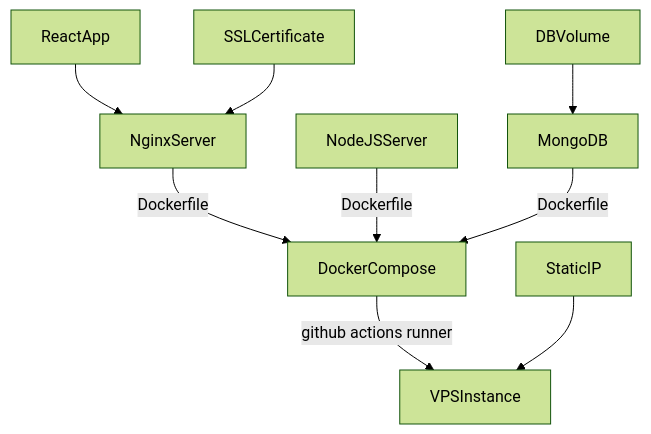
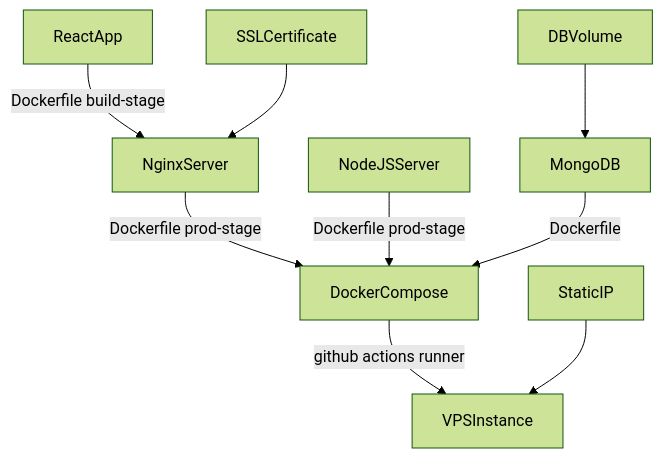
Before and after one commit to CarlaCGDM/open-virtual-tours: the second of 2 diagrams in README.md, drawn with Mermaid (forest theme). The commit also changed other lines of this file, not shown here.

````diff
--- a/README.md
+++ b/README.md
@@ -42,11 +43,11 @@
 ```mermaid
 graph TD;
-    ReactApp-->NginxServer;
+    ReactApp--> |Dockerfile build-stage| NginxServer;
     SSLCertificate-->NginxServer;
-    NginxServer--> |Dockerfile| DockerCompose;
-    NodeJSServer--> |Dockerfile| DockerCompose;
+    NginxServer--> |Dockerfile prod-stage| DockerCompose;
+    NodeJSServer--> |Dockerfile prod-stage| DockerCompose;
     DBVolume-->MongoDB;
     MongoDB--> |Dockerfile| DockerCompose;
     DockerCompose--> |github actions runner| VPSInstance;
     StaticIP-->VPSInstance;
 ```
````
